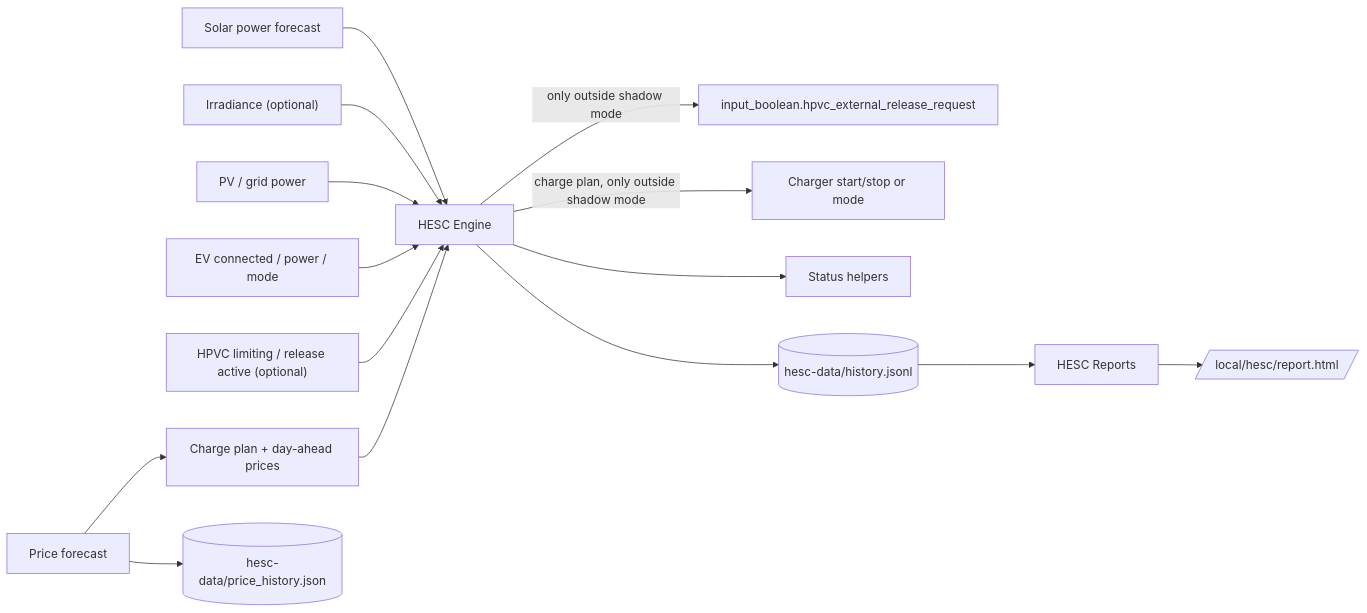
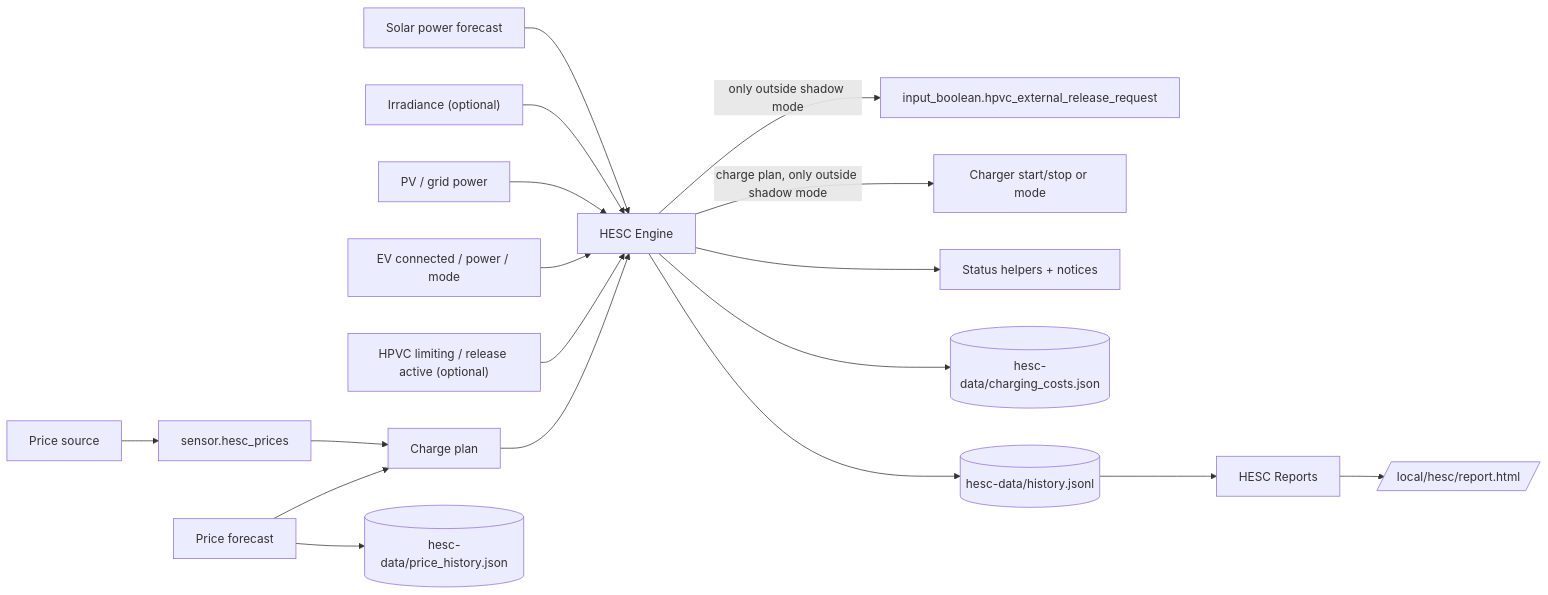
One commit to satscan1/home-ev-solar-control changed the diagram in README.md. Above: the diagram before and after it, drawn with Mermaid. The commit also changed other lines of this file and 32 other files, not shown here.

````diff
--- a/README.md
+++ b/README.md
@@ -275,16 +326,19 @@
 ```mermaid
 flowchart LR
   F[Solar power forecast] --> E
   I["Irradiance (optional)"] --> E
   P[PV / grid power] --> E
   V[EV connected / power / mode] --> E
   H["HPVC limiting / release active (optional)"] --> E
-  CP[Charge plan + day-ahead prices] --> E
+  PR[Price source] --> PS[sensor.hesc_prices]
+  PS --> CP
+  CP[Charge plan] --> E
   E[HESC Engine] -->|only outside shadow mode| S[input_boolean.hpvc_external_release_request]
   E -->|charge plan, only outside shadow mode| C[Charger start/stop or mode]
-  E --> ST[Status helpers]
+  E --> ST[Status helpers + notices]
+  E --> K[(hesc-data/charging_costs.json)]
   E --> J[(hesc-data/history.jsonl)]
   PF[Price forecast] --> PH[(hesc-data/price_history.json)]
   PF --> CP
   J --> R[HESC Reports] --> W[/local/hesc/report.html/]
 ```
````
